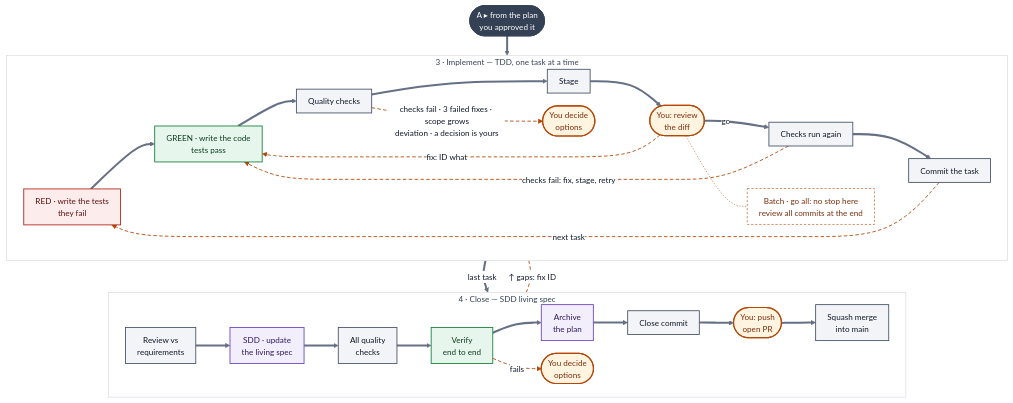
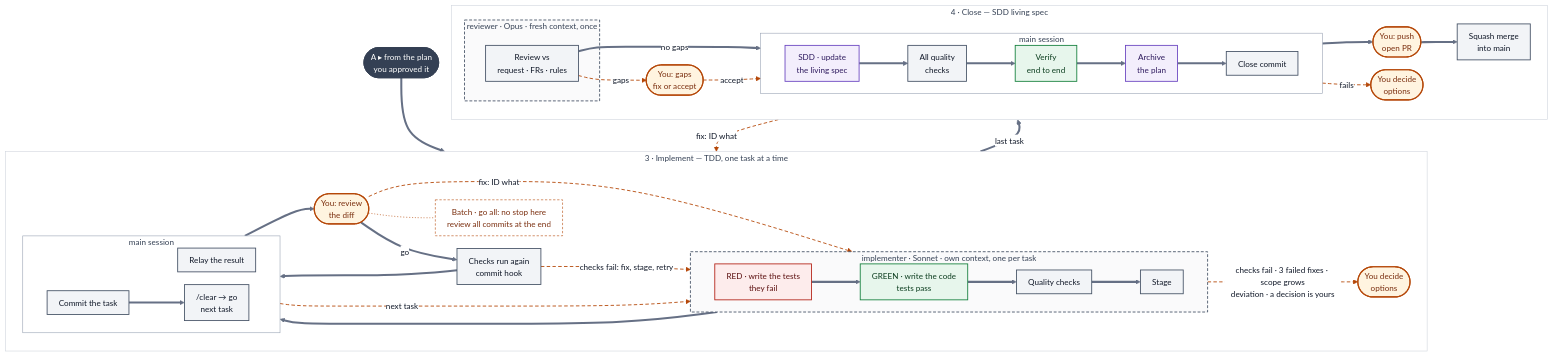
Before and after one commit to stevenhdz/spec-driven-development: the second of 3 diagrams in README.md, drawn with Mermaid. The commit also changed other lines of this file, not shown here.

Commit message:
docs: flow diagrams show who runs each step

````diff
--- a/README.md
+++ b/README.md
@@ -98,52 +115,72 @@
 ```mermaid
 %%{init: {"theme": "base", "themeVariables": {"fontFamily": "-apple-system, BlinkMacSystemFont, Segoe UI, Noto Sans, Helvetica, Arial, sans-serif", "fontSize": "14px", "lineColor": "#667085", "primaryTextColor": "#101828", "clusterBkg": "#FFFFFF", "clusterBorder": "#D0D5DD", "edgeLabelBackground": "#FFFFFF", "titleColor": "#344054"}, "flowchart": {"curve": "basis", "nodeSpacing": 22, "rankSpacing": 34, "padding": 10}}}%%
 flowchart TB
     FA(["A ▸ from the plan<br>you approved it"]):::conn
     subgraph I ["3 · Implement — TDD, one task at a time"]
         direction LR
-        W["RED · write the tests<br>they fail"]:::red
-        G["GREEN · write the code<br>tests pass"]:::green
-        SC["Quality checks"]:::auto
-        ST["Stage"]:::auto
+        subgraph IM ["implementer · Sonnet · own context, one per task"]
+            direction LR
+            W["RED · write the tests<br>they fail"]:::red
+            G["GREEN · write the code<br>tests pass"]:::green
+            SC["Quality checks"]:::auto
+            ST["Stage"]:::auto
+        end
+        subgraph IS ["main session"]
+            direction LR
+            RL["Relay the result"]:::auto
+            CM["Commit the task"]:::auto
+            CL["/clear → go<br>next task"]:::auto
+        end
         D(["You: review<br>the diff"]):::human
-        HK["Checks run again"]:::auto
-        CM["Commit the task"]:::auto
+        HK["Checks run again<br>commit hook"]:::auto
         BL(["You decide<br>options"]):::human
         BN["Batch · go all: no stop here<br>review all commits at the end"]:::note
-        W ==> G ==> SC ==> ST ==> D
-        D ==>|go| HK ==> CM
+        W ==> G ==> SC ==> ST ==> RL ==> D
+        D ==>|go| HK ==> CM ==> CL
+        CL -.->|next task| W
         D -.->|"fix: ID what"| G
-        CM -.->|next task| W
         HK -.->|"checks fail: fix, stage, retry"| G
         SC -.->|"checks fail · 3 failed fixes · scope grows<br>deviation · a decision is yours"| BL
         D -.- BN
     end
     subgraph C ["4 · Close — SDD living spec"]
         direction LR
-        RV["Review vs<br>requirements"]:::auto
-        M["SDD · update<br>the living spec"]:::sdd
-        FG["All quality<br>checks"]:::auto
-        V["Verify<br>end to end"]:::green
-        AR["Archive<br>the plan"]:::sdd
-        K["Close commit"]:::auto
+        subgraph CR ["reviewer · Opus · fresh context, once"]
+            RV["Review vs<br>request · FRs · rules"]:::auto
+        end
+        subgraph CS ["main session"]
+            direction LR
+            M["SDD · update<br>the living spec"]:::sdd
+            FG["All quality<br>checks"]:::auto
+            V["Verify<br>end to end"]:::green
+            AR["Archive<br>the plan"]:::sdd
+            K["Close commit"]:::auto
+        end
+        GP(["You: gaps<br>fix or accept"]):::human
         PU(["You: push<br>open PR"]):::human
         SQ["Squash merge<br>into main"]:::auto
         VF(["You decide<br>options"]):::human
-        RV ==> M ==> FG ==> V ==> AR ==> K ==> PU ==> SQ
+        RV ==>|no gaps| M ==> FG ==> V ==> AR ==> K ==> PU ==> SQ
+        RV -.->|gaps| GP
+        GP -.->|accept| M
         V -.->|fails| VF
     end
     FA ==> I
     I ==>|last task| C
-    I <-.-|"↑ gaps: fix ID"| C
+    GP -.->|"fix: ID what"| G
     classDef research fill:#EAF0FB,stroke:#3B5BA9,stroke-width:1.5px,color:#1E2A44
     classDef sdd fill:#F3EEFC,stroke:#6B46C1,stroke-width:1.5px,color:#2E1A5E
     classDef bdd fill:#E6F6F4,stroke:#0F766E,stroke-width:1.5px,color:#0B3B36
     classDef red fill:#FDECEC,stroke:#B42318,stroke-width:1.5px,color:#5C1010
     classDef green fill:#E7F6EC,stroke:#15803D,stroke-width:1.5px,color:#0B3D1E
     classDef auto fill:#F2F4F7,stroke:#475467,stroke-width:1.5px,color:#101828
     classDef human fill:#FFF4E0,stroke:#B54708,stroke-width:2px,color:#7A2E0E
     classDef note fill:#FFFFFF,stroke:#B54708,stroke-width:1px,stroke-dasharray:4 3,color:#7A2E0E
     classDef conn fill:#344054,stroke:#344054,stroke-width:1.5px,color:#FFFFFF
-    linkStyle 6,7,8,9,18,21 stroke:#B54708,stroke-width:1.5px,stroke-dasharray:6 4
-    linkStyle 10 stroke:#B54708,stroke-width:1px,stroke-dasharray:2 3
+    linkStyle 8,9,10,11,20,21,22,25 stroke:#B54708,stroke-width:1.5px,stroke-dasharray:6 4
+    linkStyle 12 stroke:#B54708,stroke-width:1px,stroke-dasharray:2 3
+    style IM fill:#FAFAFB,stroke:#475467,stroke-width:1.5px,stroke-dasharray:5 3
+    style CR fill:#FAFAFB,stroke:#475467,stroke-width:1.5px,stroke-dasharray:5 3
+    style IS fill:#FFFFFF,stroke:#98A2B3,stroke-width:1px
+    style CS fill:#FFFFFF,stroke:#98A2B3,stroke-width:1px
 ```
````
